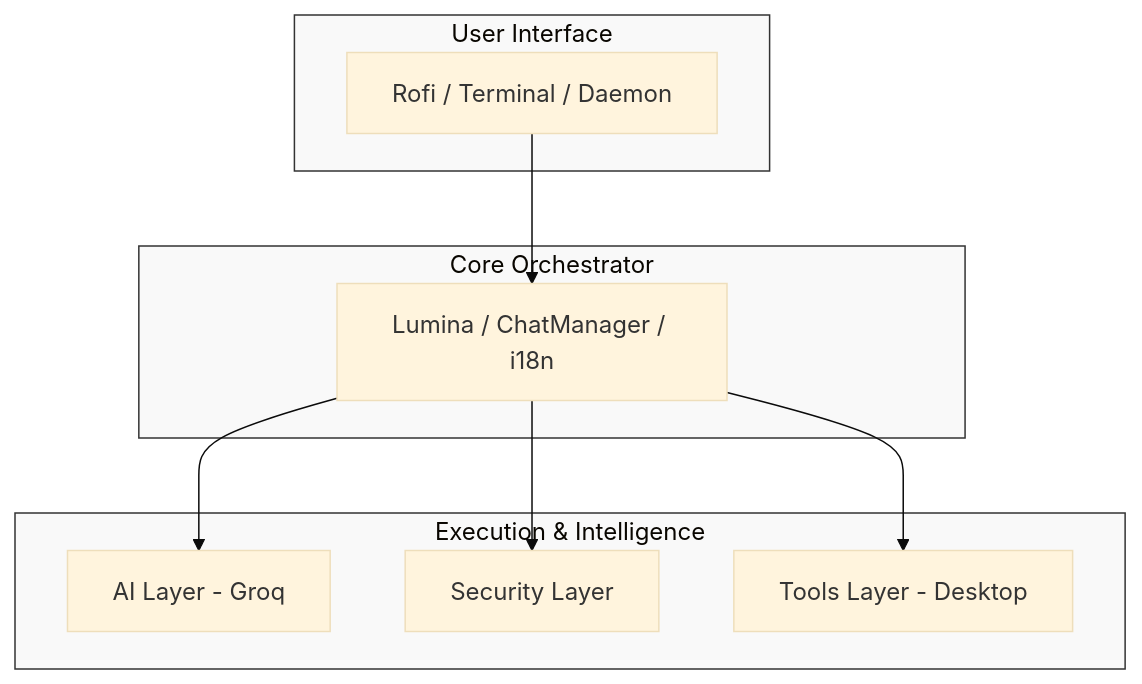
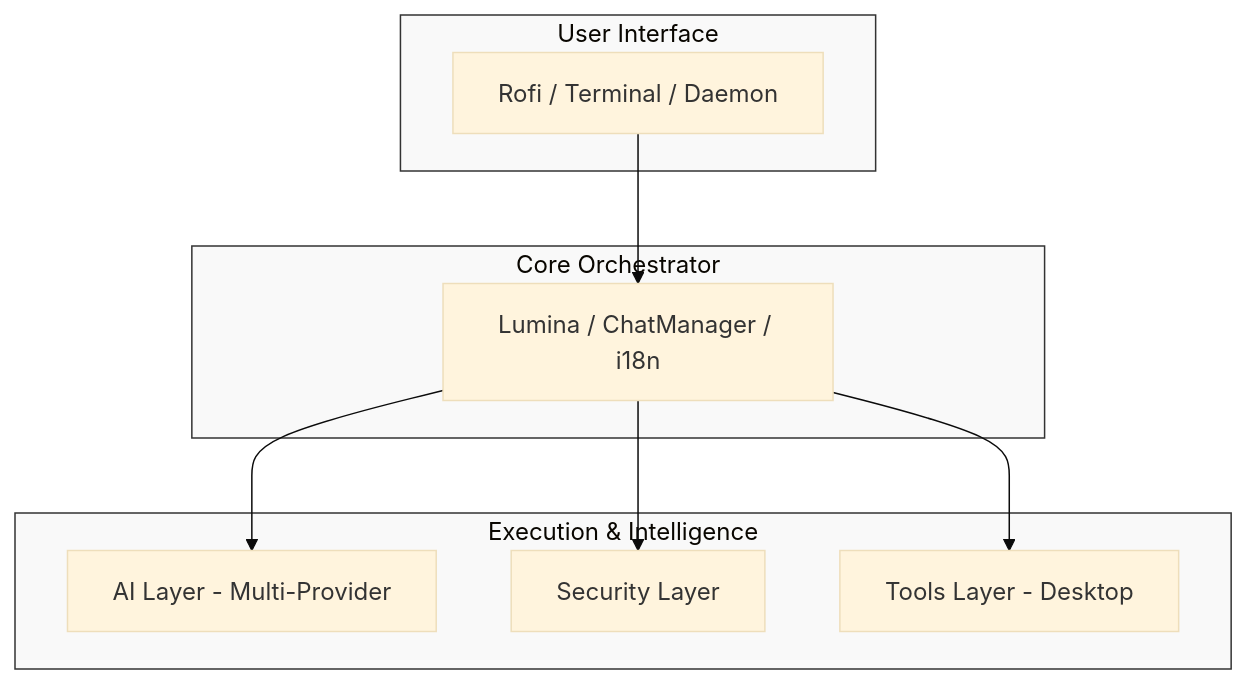
One commit to Rafacuy/desklumina changed the diagram in README.md. Above: the diagram before and after it, drawn with Mermaid (base theme). The commit also changed other lines of this file and 114 other files, not shown here.

First line of the commit message:
feat: add multi-provider AI with provider-agnostic model config

````diff
--- a/README.md
+++ b/README.md
@@ -132,25 +132,25 @@
 ```mermaid
 flowchart TD
     subgraph Frontend ["User Interface"]
         UI["Rofi / Terminal / Daemon"]
     end
 
     subgraph Logic ["Core Orchestrator"]
         Core["Lumina / ChatManager / i18n"]
     end
 
     subgraph Backend ["Execution & Intelligence"]
-        AI["AI Layer - Groq"]
+        AI["AI Layer - Multi-Provider"]
         Security["Security Layer"]
         Tools["Tools Layer - Desktop"]
     end
 
     UI --> Core
     Core --> AI
     Core --> Security
     Core --> Tools
 
     style Frontend fill:#f9f9f9,stroke:#333
     style Logic fill:#f9f9f9,stroke:#333
     style Backend fill:#f9f9f9,stroke:#333
 ```
````
